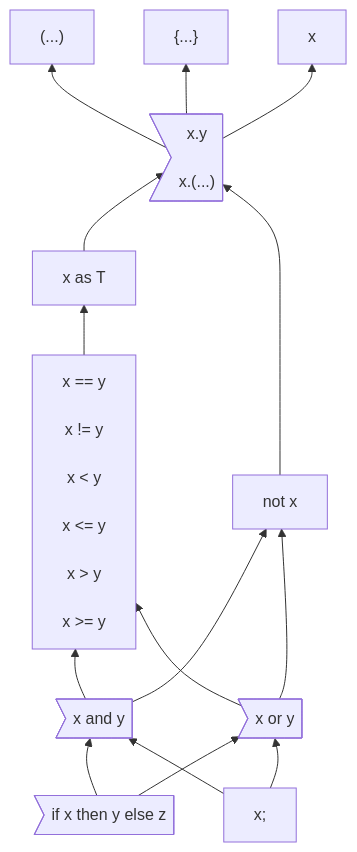
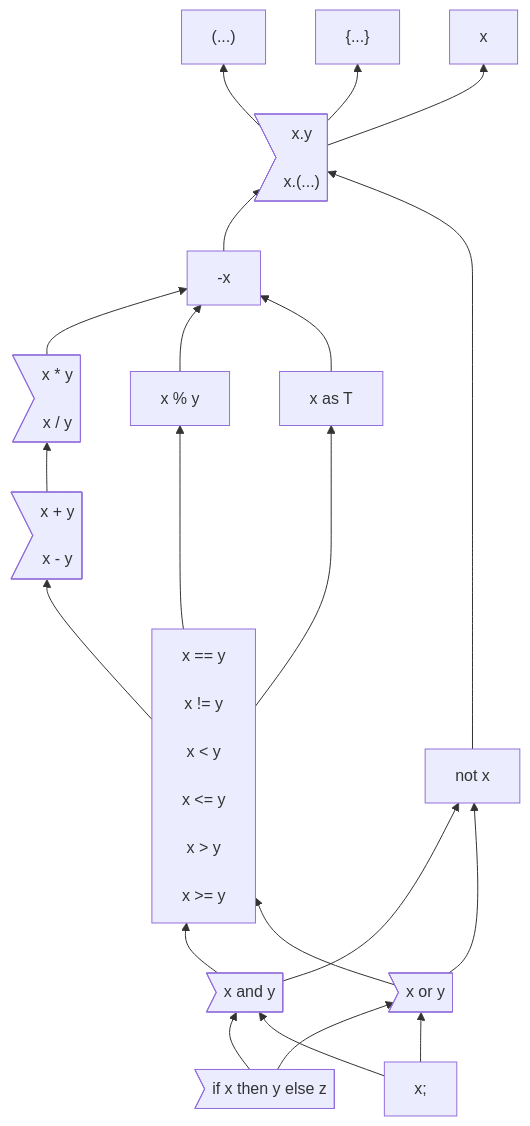
Before and after one commit to carbon-language/carbon-lang: the first of 2 diagrams in docs/design/expressions/README.md, drawn with Mermaid. The commit also changed other lines of this file and 2 other files, not shown here.

Commit message:
Arithmetic expressions (#1083)
Add support for arithmetic operators:

- Unary `+`.
- Binary `+`, `-`, `*`, `/`, `%`.

Specify their behavior for integer and floating-point types. Signed integer overflow is a programming error, handled in various ways. Unsigned integer overflow is specified as wrapping around, intended for hashing / crypto / PRNG use cases.

````diff
--- a/docs/design/expressions/README.md
+++ b/docs/design/expressions/README.md
@@ -52,46 +52,63 @@
 ```mermaid
 %%{init: {'themeVariables': {'fontFamily': 'monospace'}}}%%
 graph BT
     parens["(...)"]
 
     braces["{...}"]
     click braces "https://github.com/carbon-language/carbon-lang/blob/trunk/docs/design/classes.md#literals"
 
     unqualifiedName["x"]
     click unqualifiedName "https://github.com/carbon-language/carbon-lang/blob/trunk/docs/design/expressions/README.md#unqualified-names"
 
     memberAccess>"x.y<br>
                     x.(...)"]
     click memberAccess "https://github.com/carbon-language/carbon-lang/blob/trunk/docs/design/expressions/member_access.md"
 
+    negation["-x"]
+
     as["x as T"]
     click as "https://github.com/carbon-language/carbon-lang/blob/trunk/docs/design/expressions/implicit_conversions.md"
 
-    not["not x"]
-    click not "https://github.com/carbon-language/carbon-lang/blob/trunk/docs/design/expressions/logical_operators.md"
+    multiplication>"x * y<br>
+                    x / y"]
+    click multiplication "https://github.com/carbon-language/carbon-lang/blob/trunk/docs/design/expressions/arithmetic.md"
+
+    addition>"x + y<br>
+              x - y"]
+    click addition "https://github.com/carbon-language/carbon-lang/blob/trunk/docs/design/expressions/arithmetic.md"
+
+    modulo["x % y"]
+    click modulo "https://github.com/carbon-language/carbon-lang/blob/trunk/docs/design/expressions/arithmetic.md"
 
     comparison["x == y<br>
                 x != y<br>
                 x < y<br>
                 x <= y<br>
                 x > y<br>
                 x >= y"]
     click comparison "https://github.com/carbon-language/carbon-lang/blob/trunk/docs/design/expressions/comparison_operators.md"
+
+    not["not x"]
+    click not "https://github.com/carbon-language/carbon-lang/blob/trunk/docs/design/expressions/logical_operators.md"
 
     and>"x and y"]
     click and "https://github.com/carbon-language/carbon-lang/blob/trunk/docs/design/expressions/logical_operators.md"
 
     or>"x or y"]
     click or "https://github.com/carbon-language/carbon-lang/blob/trunk/docs/design/expressions/logical_operators.md"
 
     if>"if x then y else z"]
     click if "https://github.com/carbon-language/carbon-lang/blob/trunk/docs/design/expressions/if.md"
 
     expressionEnd["x;"]
 
     memberAccess --> parens & braces & unqualifiedName
-    as & not --> memberAccess
-    comparison --> as
+    negation --> memberAccess
+    %% Use a longer arrow here to put `not` next to `and` and `or`.
+    not -----> memberAccess
+    multiplication & modulo & as --> negation
+    addition --> multiplication
+    comparison --> modulo & addition & as
     and & or --> comparison & not
     if & expressionEnd --> and & or
 ```
````
